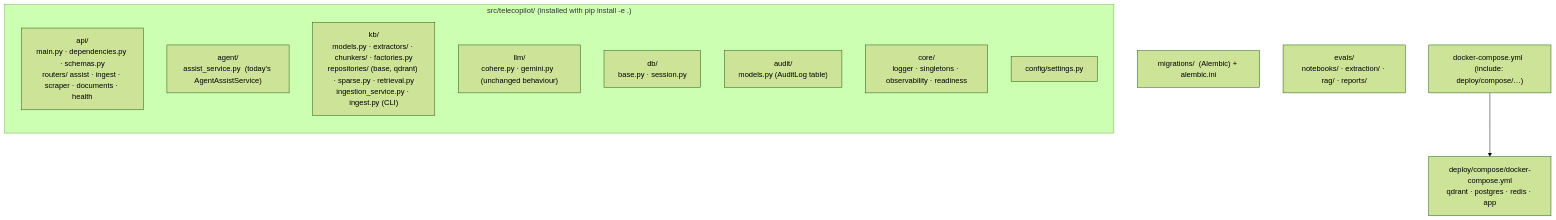
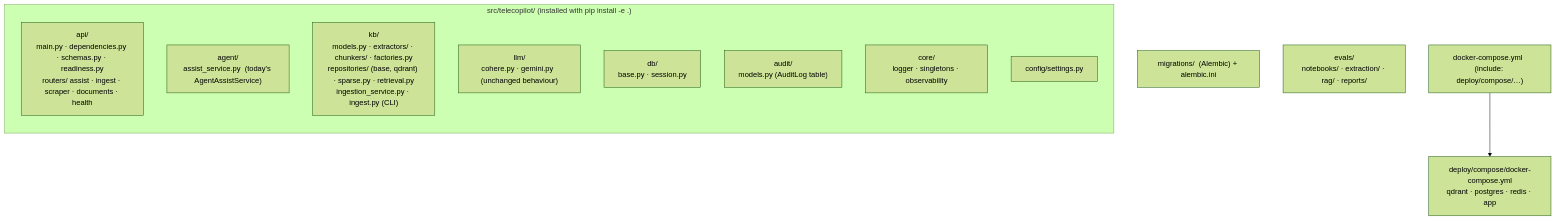
One commit to Ziadashraf301/TeleCopilot-AI changed the second of 7 diagrams in docs/design/M0-foundation.md. Above: the diagram before and after it, drawn with Mermaid (forest theme). The commit also changed other lines of this file and 1 other file, not shown here.

````diff
--- a/docs/design/M0-foundation.md
+++ b/docs/design/M0-foundation.md
@@ -48,19 +48,19 @@
 ```mermaid
 flowchart TB
   subgraph pkg["src/telecopilot/  (installed with pip install -e .)"]
     direction TB
-    api2["api/<br/>main.py · dependencies.py · schemas.py<br/>routers/ assist · ingest · scraper · documents · health"]
+    api2["api/<br/>main.py · dependencies.py · schemas.py · readiness.py<br/>routers/ assist · ingest · scraper · documents · health"]
     agent2["agent/<br/>assist_service.py  (today's AgentAssistService)"]
     kb2["kb/<br/>models.py · extractors/ · chunkers/ · factories.py<br/>repositories/ (base, qdrant) · sparse.py · retrieval.py<br/>ingestion_service.py · ingest.py (CLI)"]
     llm2["llm/<br/>cohere.py · gemini.py  (unchanged behaviour)"]
     db2["db/<br/>base.py · session.py"]
     audit2["audit/<br/>models.py  (AuditLog table)"]
-    core2["core/<br/>logger · singletons · observability · readiness"]
+    core2["core/<br/>logger · singletons · observability"]
     config2["config/settings.py"]
   end
   migrations["migrations/  (Alembic) + alembic.ini"]
   evals["evals/<br/>notebooks/ · extraction/ · rag/ · reports/"]
   deploy["deploy/compose/docker-compose.yml<br/>qdrant · postgres · redis · app"]
   root["docker-compose.yml  (include: deploy/compose/…)"]
   root --> deploy
 ```
````
